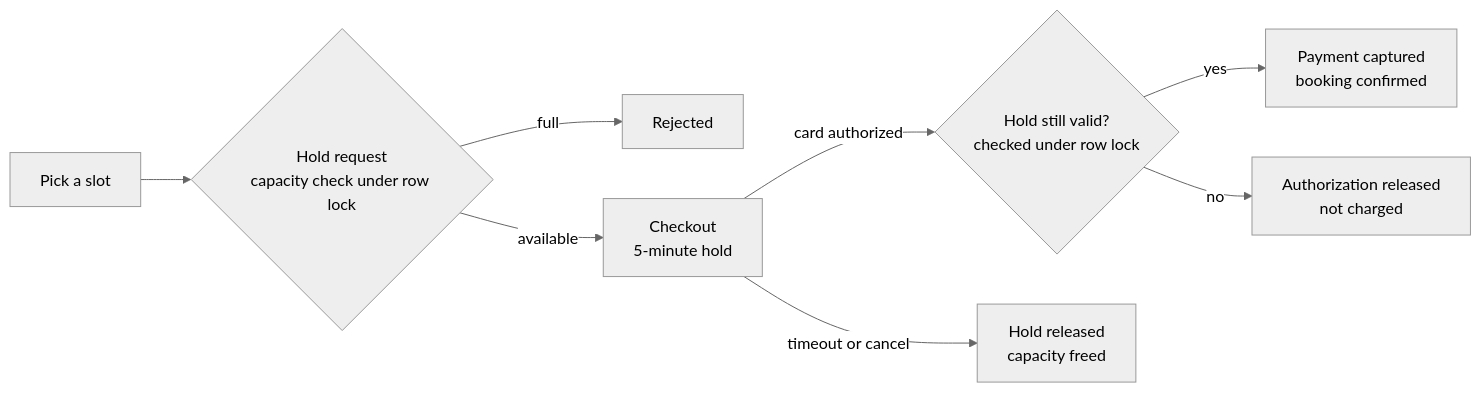
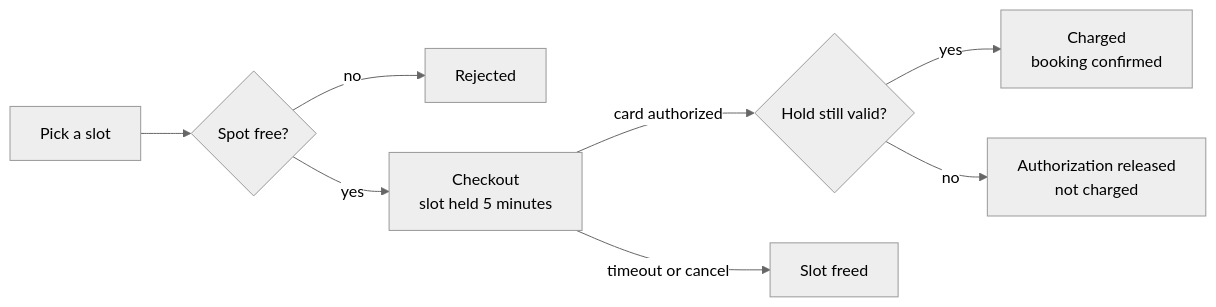
One commit to jaimearamburo/sports-finder-app changed the diagram in README.md. Above: the diagram before and after it, drawn with Mermaid (neutral theme). The commit also changed other lines of this file, not shown here.

````diff
--- a/README.md
+++ b/README.md
@@ -51,10 +22,10 @@
 ```mermaid
 flowchart LR
-  A[Pick a slot] --> B{Hold request<br/>capacity check under row lock}
-  B -- full --> R[Rejected]
-  B -- available --> C[Checkout<br/>5-minute hold]
-  C -- card authorized --> V{Hold still valid?<br/>checked under row lock}
-  V -- yes --> D[Payment captured<br/>booking confirmed]
+  A[Pick a slot] --> B{Spot free?}
+  B -- no --> R[Rejected]
+  B -- yes --> C[Checkout<br/>slot held 5 minutes]
+  C -- card authorized --> V{Hold still valid?}
+  V -- yes --> D[Charged<br/>booking confirmed]
   V -- no --> N[Authorization released<br/>not charged]
-  C -- timeout or cancel --> E[Hold released<br/>capacity freed]
+  C -- timeout or cancel --> E[Slot freed]
 ```
````
